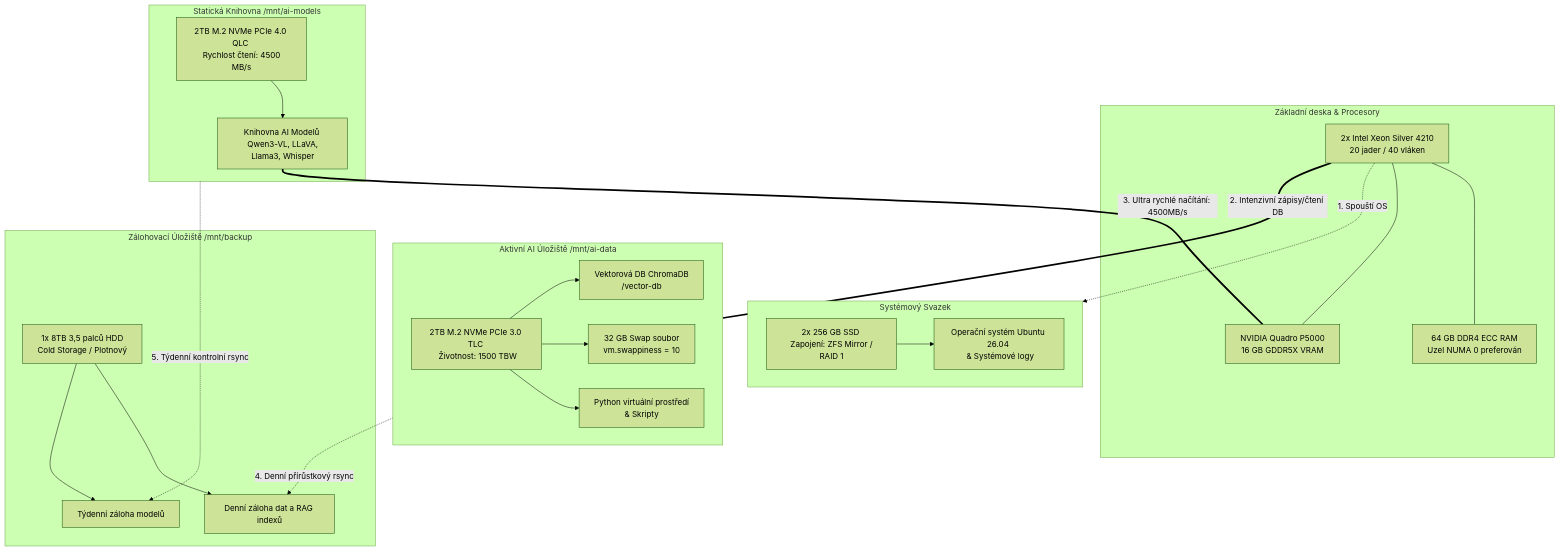
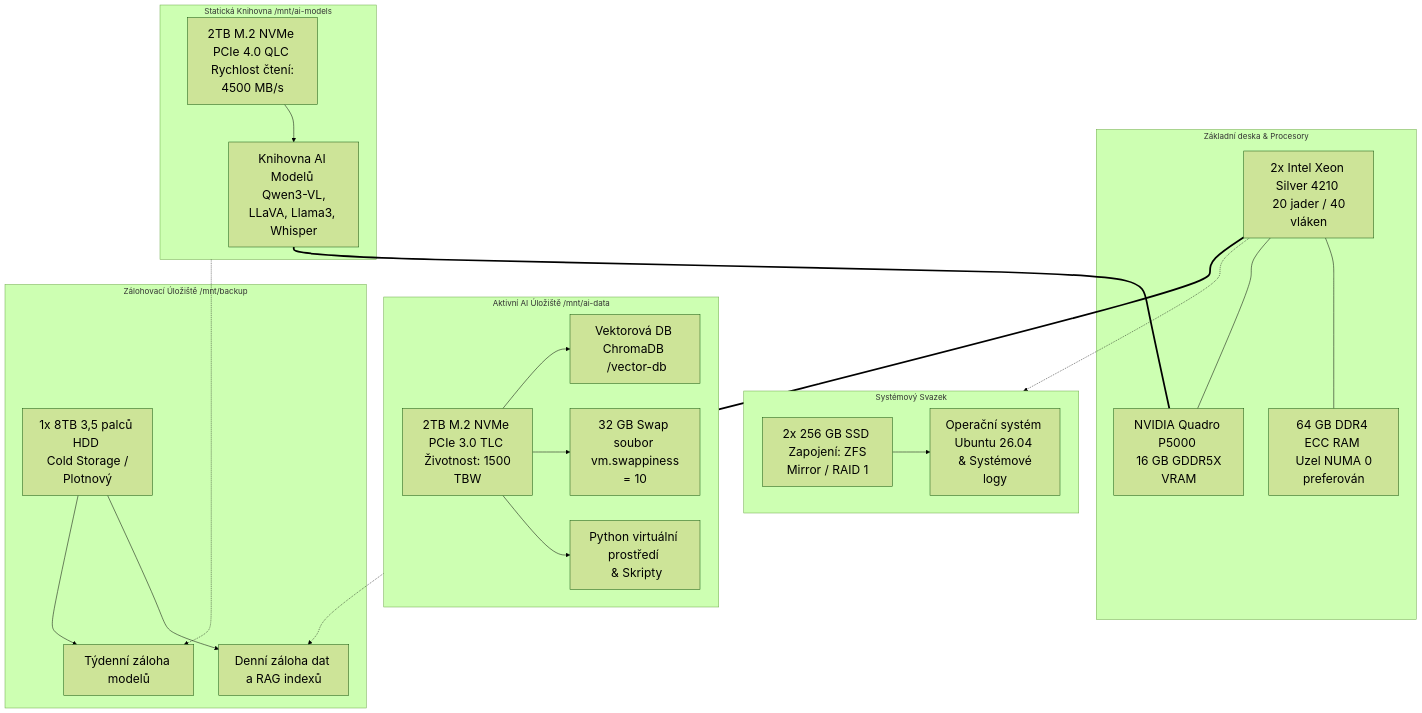
One commit to sysaio/wiki changed the first of 2 diagrams in markdown/qwen3-vl:8b-instruct.md. Above: the diagram before and after it, drawn with Mermaid (forest theme). The commit also changed other lines of this file, not shown here.

First line of the commit message:
Zvětšit text v diagramech a upravit popisy

````diff
--- a/markdown/qwen3-vl:8b-instruct.md
+++ b/markdown/qwen3-vl:8b-instruct.md
@@ -584,47 +584,63 @@
 ```mermaid
 graph TD
+    %% Globální definice velikosti písma pro texty a propojení
+    style Xeon font-size:24px
+    style RAM font-size:24px
+    style GPU font-size:24px
+    style SYS_ZFS font-size:24px
+    style OS_LOG font-size:24px
+    style TLC font-size:24px
+    style VDB font-size:24px
+    style SWAP font-size:24px
+    style VENV font-size:24px
+    style QLC font-size:24px
+    style MODELS font-size:24px
+    style HDD font-size:24px
+    style B_DATA font-size:24px
+    style B_MOD font-size:24px
+
     subgraph CPU_RAM [Základní deska & Procesory]
         Xeon[2x Intel Xeon Silver 4210 <br> 20 jader / 40 vláken]
         RAM[64 GB DDR4 ECC RAM <br> Uzel NUMA 0 preferován]
         GPU[NVIDIA Quadro P5000 <br> 16 GB GDDR5X VRAM]
         Xeon --- RAM
         Xeon --- GPU
     end
 
     subgraph OS_POOL [Systémový Svazek]
         SYS_ZFS[2x 256 GB SSD <br> Zapojení: ZFS Mirror / RAID 1]
         OS_LOG[Operační systém Ubuntu 26.04 <br> & Systémové logy]
         SYS_ZFS --> OS_LOG
     end
 
     subgraph NVME_TLC [Aktivní AI Úložiště /mnt/ai-data]
         TLC[2TB M.2 NVMe PCIe 3.0 TLC <br> Životnost: 1500 TBW]
         VDB[Vektorová DB ChromaDB <br> /vector-db]
         SWAP[32 GB Swap soubor <br> vm.swappiness = 10]
         VENV[Python virtuální prostředí <br> & Skripty]
         TLC --> VDB
         TLC --> SWAP
         TLC --> VENV
     end
 
     subgraph NVME_QLC [Statická Knihovna /mnt/ai-models]
         QLC[2TB M.2 NVMe PCIe 4.0 QLC <br> Rychlost čtení: 4500 MB/s]
         MODELS[Knihovna AI Modelů <br> Qwen3-VL, LLaVA, Llama3, Whisper]
         QLC --> MODELS
     end
 
     subgraph BACKUP_POOL [Zálohovací Úložiště /mnt/backup]
         HDD[1x 8TB 3,5 palců HDD <br> Cold Storage / Plotnový]
         B_DATA[Denní záloha dat a RAG indexů]
         B_MOD[Týdenní záloha modelů]
         HDD --> B_DATA
         HDD --> B_MOD
     end
 
     %% Propojení toků dat
-    Xeon -.->|1. Spouští OS| OS_POOL
-    Xeon ===|2. Intenzivní zápisy/čtení DB| NVME_TLC
-    MODELS ===|3. Ultra rychlé načítání: 4500MB/s| GPU
-    NVME_TLC -.->|4. Denní přírůstkový rsync| B_DATA
-    NVME_QLC -.->|5. Týdenní kontrolní rsync| B_MOD
+    Xeon -.-> OS_POOL
+    Xeon === NVME_TLC
+    MODELS === GPU
+    NVME_TLC -.-> B_DATA
+    NVME_QLC -.-> B_MOD
 ```
````
